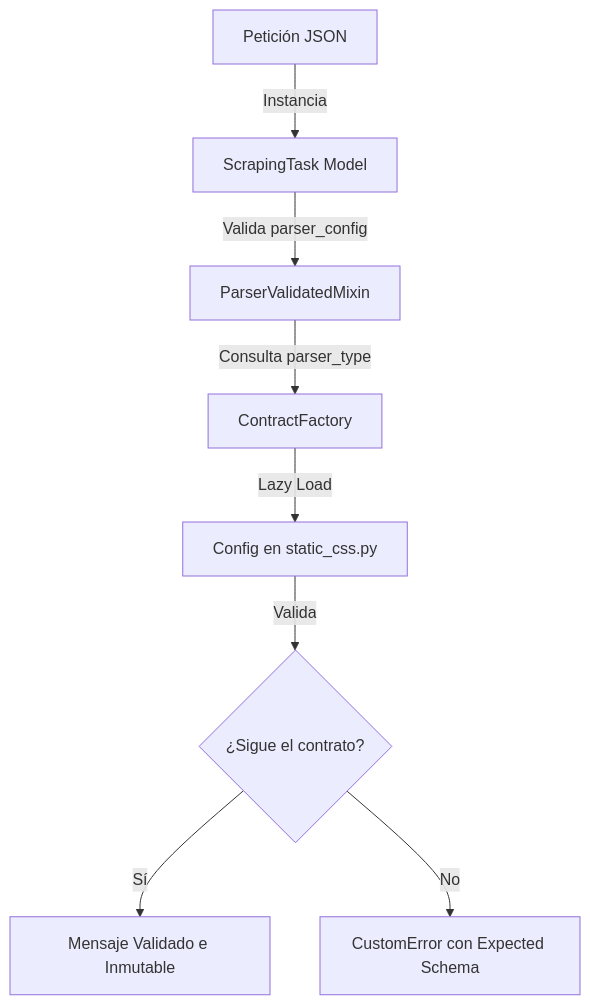
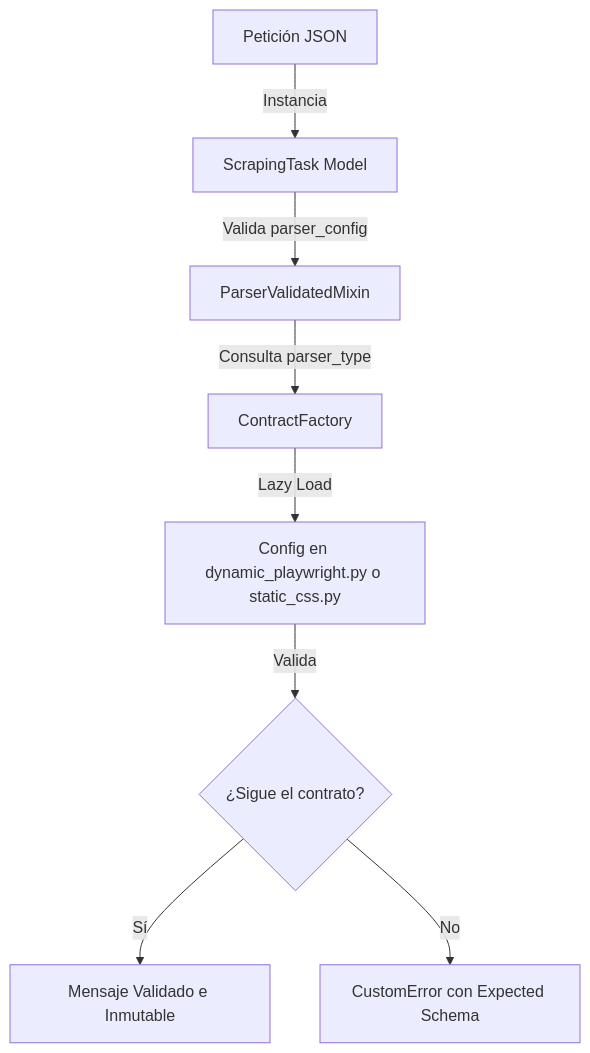
One commit to ArturoCarrilloJimenez/WebScrapingDistributed changed the diagram in shared/README.md. Above: the diagram before and after it, drawn with Mermaid. The commit also changed other lines of this file and 4 other files, not shown here.

````diff
--- a/shared/README.md
+++ b/shared/README.md
@@ -78,10 +80,10 @@
 ```mermaid
 graph TD
     Data[Petición JSON] -->|Instancia| ScrapingTask[ScrapingTask Model]
     ScrapingTask -->|Valida parser_config| PVM[ParserValidatedMixin]
     PVM -->|Consulta parser_type| CF[ContractFactory]
-    CF -->|Lazy Load| SC[Config en static_css.py]
+    CF -->|Lazy Load| SC[Config en dynamic_playwright.py o static_css.py]
     SC -->|Valida| Result{¿Sigue el contrato?}
     Result -->|Sí| OK[Mensaje Validado e Inmutable]
     Result -->|No| Err[CustomError con Expected Schema]
 ```
````
